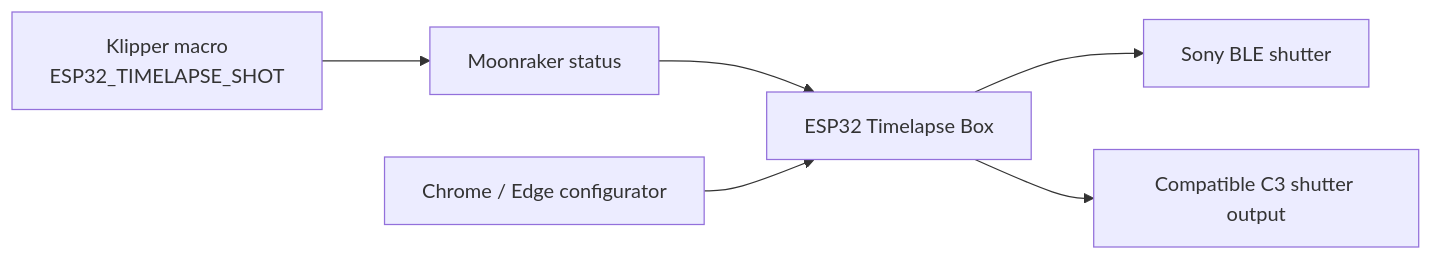
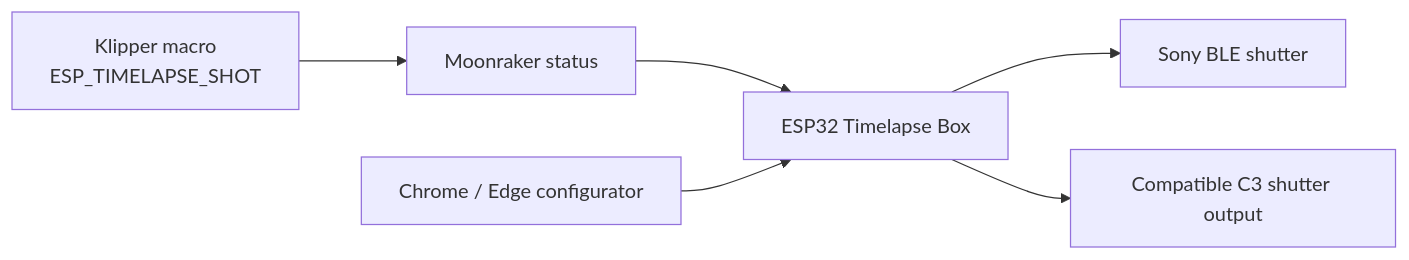
Before and after one commit to MOVIBALE/esp32-timelapse-box: the diagram in README.md, drawn with Mermaid. The commit also changed other lines of this file and 30 other files, not shown here.

Commit message:
release: validate ESP32 timelapse box v0.1.0

````diff
--- a/README.md
+++ b/README.md
@@ -13,8 +13,8 @@
 ```mermaid
 flowchart LR
-    K["Klipper macro\nESP32_TIMELAPSE_SHOT"] --> M["Moonraker status"]
+    K["Klipper macro\nESP_TIMELAPSE_SHOT"] --> M["Moonraker status"]
     M --> E["ESP32 Timelapse Box"]
     E --> S["Sony BLE shutter"]
     E --> C["Compatible C3 shutter output"]
     W["Chrome / Edge configurator"] --> E
 ```
````
